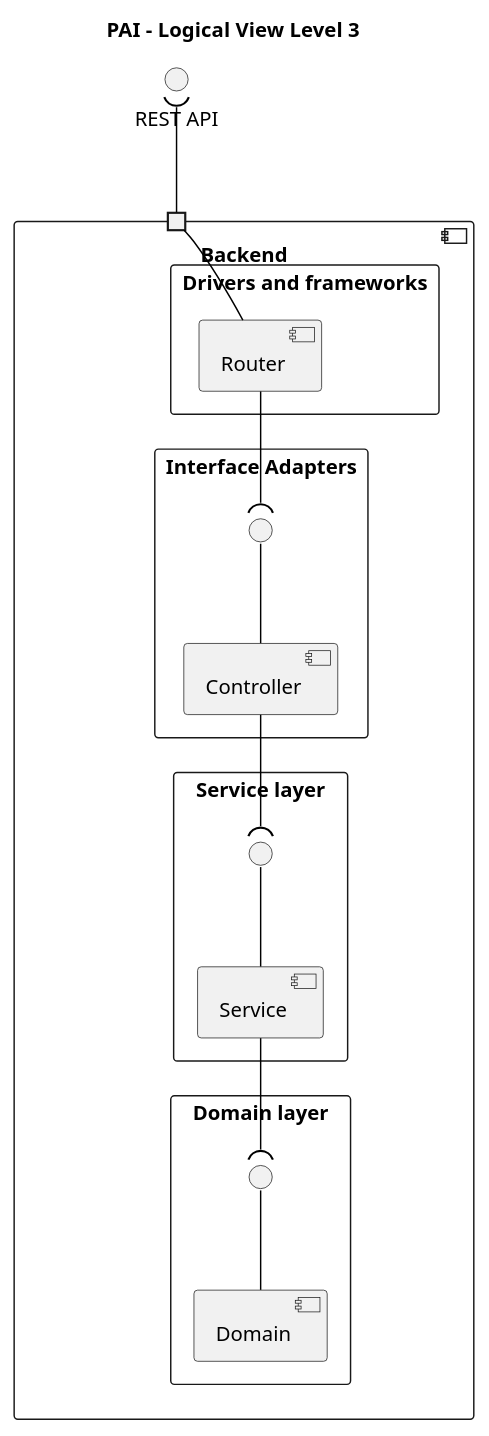
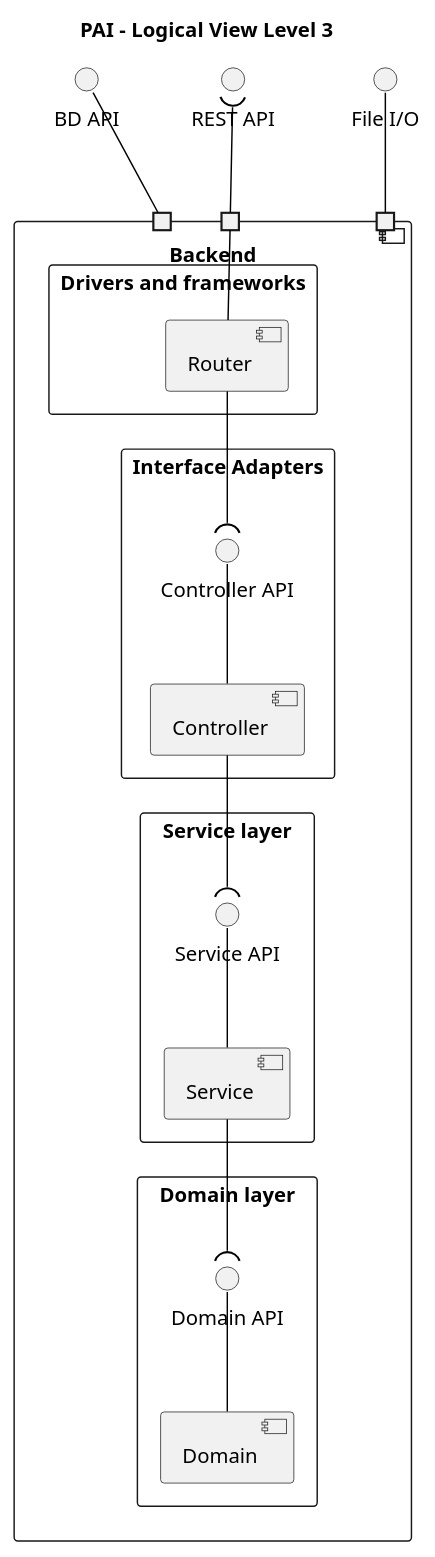
Before and after one commit to GasparISEP/DevOps-PAI: the diagram in docs/Sprint_6/LogicalView/Level3.puml, drawn with PlantUML. The commit also changed 1 other file, not shown here.

Commit message:
doc(diagrams): update Level 3 Logic View and update Level 3 Implementation View diagrams (#675, #678)

```diff
--- a/docs/Sprint_6/LogicalView/Level3.puml
+++ b/docs/Sprint_6/LogicalView/Level3.puml
@@ -1,50 +1,56 @@
 @startuml
 
 skinparam componentStyle component
 skinparam ArrowColor black
 skinparam defaultTextAlignment center
 
 title "PAI - Logical View Level 3"
 
   interface "REST API" as RESTAPI
+  interface "File I/O" as FileIO
+  interface "BD API" as BDAPI
 
 component "Backend" {
     portin " " as p1
+    portin " " as p3
+    portin " " as p2
 
   rectangle "Drivers and frameworks" {
 
     component "Router"
 
     Router -up- p1
   }
 
   rectangle "Interface Adapters" {
     component Controller
-    interface " " as IController
+    interface "Controller API" as IController
 
     Controller -up- IController
   }
 
   rectangle "Service layer" {
     component Service
-    interface " " as IService
+    interface "Service API" as IService
 
     Service -up- IService
   }
 
   rectangle "Domain layer" {
     component Domain
-    interface " " as IDomain
+    interface "Domain API" as IDomain
 
     Domain -up- IDomain
   }
 
   p1 -up-( RESTAPI
+  p2 -up- FileIO
+  p3 -up- BDAPI
 
   Router -down-( IController
 
   Controller -down-( IService
   Service -down-( IDomain
 }
 
 @enduml
```
